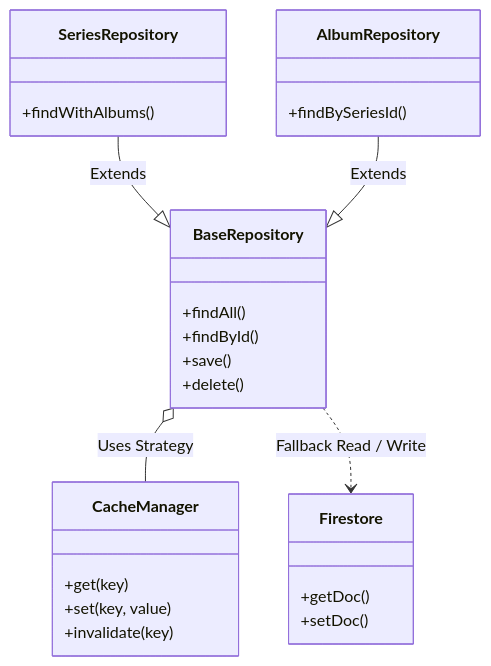
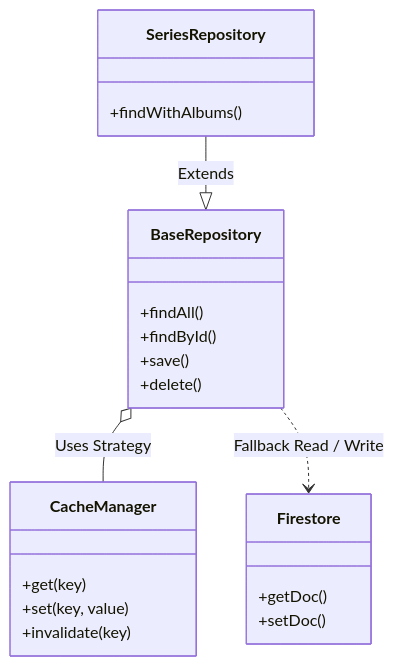
One commit to maujrp99/MJRP_AlbumsBalancedPlaylists_v0 changed the diagram in docs/manual/07_Frontend_Data_Infra.md. Above: the diagram before and after it, drawn with Mermaid. The commit also changed other lines of this file and 37 other files, not shown here.

````diff
--- a/docs/manual/07_Frontend_Data_Infra.md
+++ b/docs/manual/07_Frontend_Data_Infra.md
@@ -23,29 +23,25 @@
 ```mermaid
 classDiagram
     class BaseRepository {
         +findAll()
         +findById()
         +save()
         +delete()
     }
     class CacheManager {
         +get(key)
         +set(key, value)
         +invalidate(key)
     }
     class SeriesRepository {
         +findWithAlbums()
     }
-    class AlbumRepository {
-        +findBySeriesId()
-    }
     class Firestore {
         +getDoc()
         +setDoc()
     }
 
     BaseRepository o-- CacheManager : Uses Strategy
     BaseRepository ..> Firestore : Fallback Read / Write
     SeriesRepository --|> BaseRepository : Extends
-    AlbumRepository --|> BaseRepository : Extends
 ```
````
